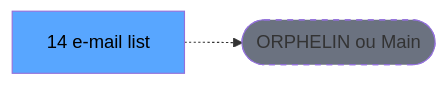
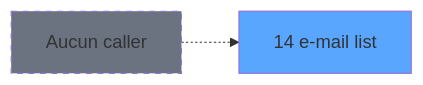
One commit to thonyAGP/lecteur-magic changed the second of 3 diagrams in .openspec/specs/ADH-IDE-14.md. Above: the diagram before and after it, drawn with Mermaid. The commit also changed other lines of this file and 96 other files, not shown here.

````diff
--- a/.openspec/specs/ADH-IDE-14.md
+++ b/.openspec/specs/ADH-IDE-14.md
@@ -117,8 +115,8 @@
 ```mermaid
 graph LR
-    T[14 e-mail list]
-    ORPHAN([ORPHELIN ou Main])
-    T -.-> ORPHAN
-    style T fill:#58a6ff,color:#000
-    style ORPHAN fill:#6b7280,stroke-dasharray: 5 5
+    T14[14 e-mail list]
+    style T14 fill:#58a6ff
+    NONE[Aucun caller]
+    NONE -.-> T14
+    style NONE fill:#6b7280,stroke-dasharray: 5 5
 ```
````
